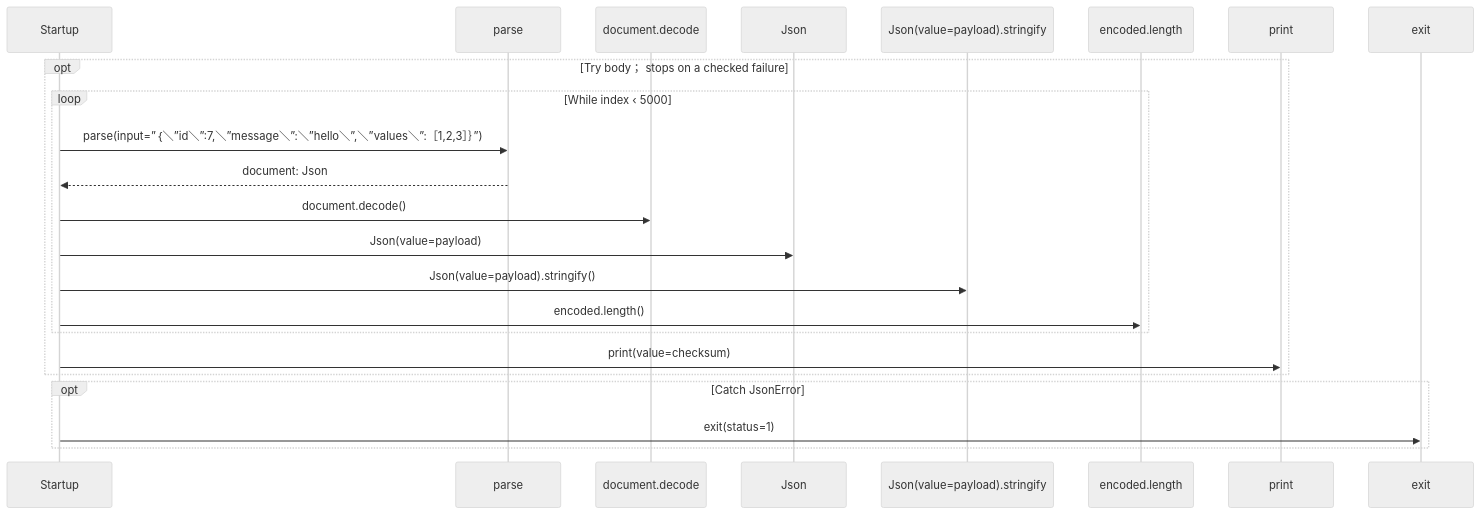
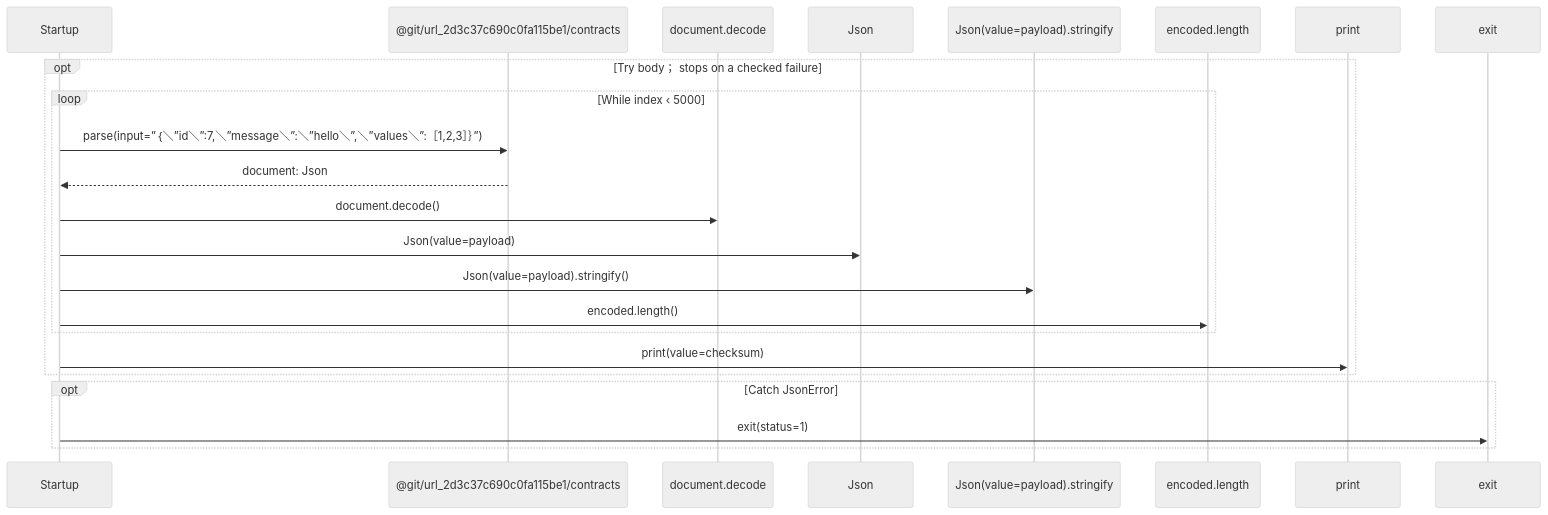
The second of 2 diagrams in benchmarks/json/main.aug.diagrams.md (GreenPandaStudios/augscript), drawn with Mermaid (neutral theme) before and after one commit. The commit also changed 200 other files, not shown here.

Commit message:
Group imported operations and wrap readable sequence messages

````diff
--- a/benchmarks/json/main.aug.diagrams.md
+++ b/benchmarks/json/main.aug.diagrams.md
@@ -30,25 +30,25 @@
 ```mermaid
 sequenceDiagram
     participant p0 as Startup
-    participant p1 as parse
+    participant p1 as @git/url_2d3c37c690c0fa115be1/contracts
     participant p2 as document.decode
     participant p3 as Json
     participant p4 as Json(value=payload).stringify
     participant p5 as encoded.length
     participant p6 as print
     participant p7 as exit
     opt Try body； stops on a checked failure
     loop While index ‹ 5000
     p0->>p1: parse(input=”｛＼”id＼”:7,＼”message＼”:＼”hello＼”,＼”values＼”:［1,2,3］｝”)
     p1-->>p0: document: Json
     p0->>p2: document.decode()
     p0->>p3: Json(value=payload)
     p0->>p4: Json(value=payload).stringify()
     p0->>p5: encoded.length()
     end
     p0->>p6: print(value=checksum)
     end
     opt Catch JsonError
     p0->>p7: exit(status=1)
     end
 ```
````
